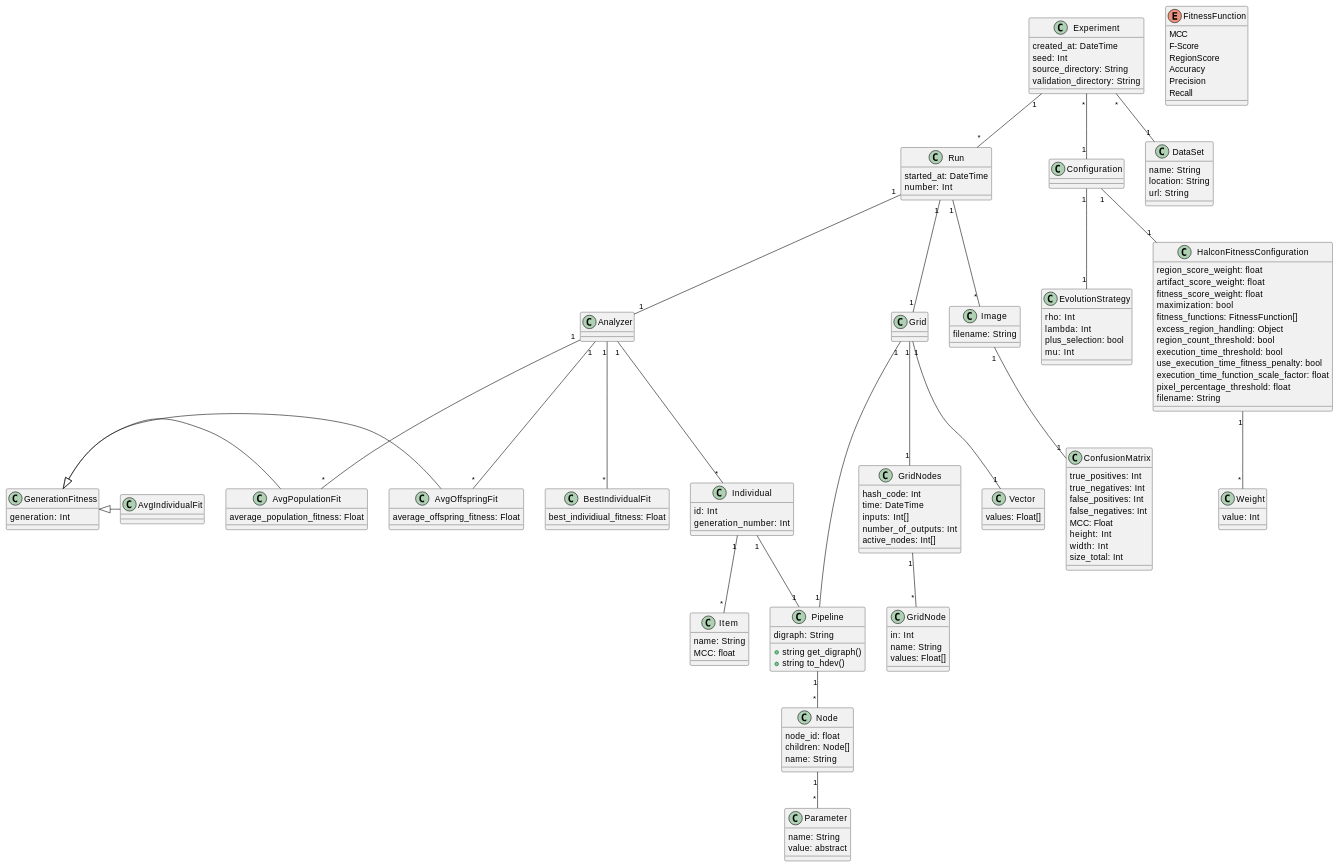
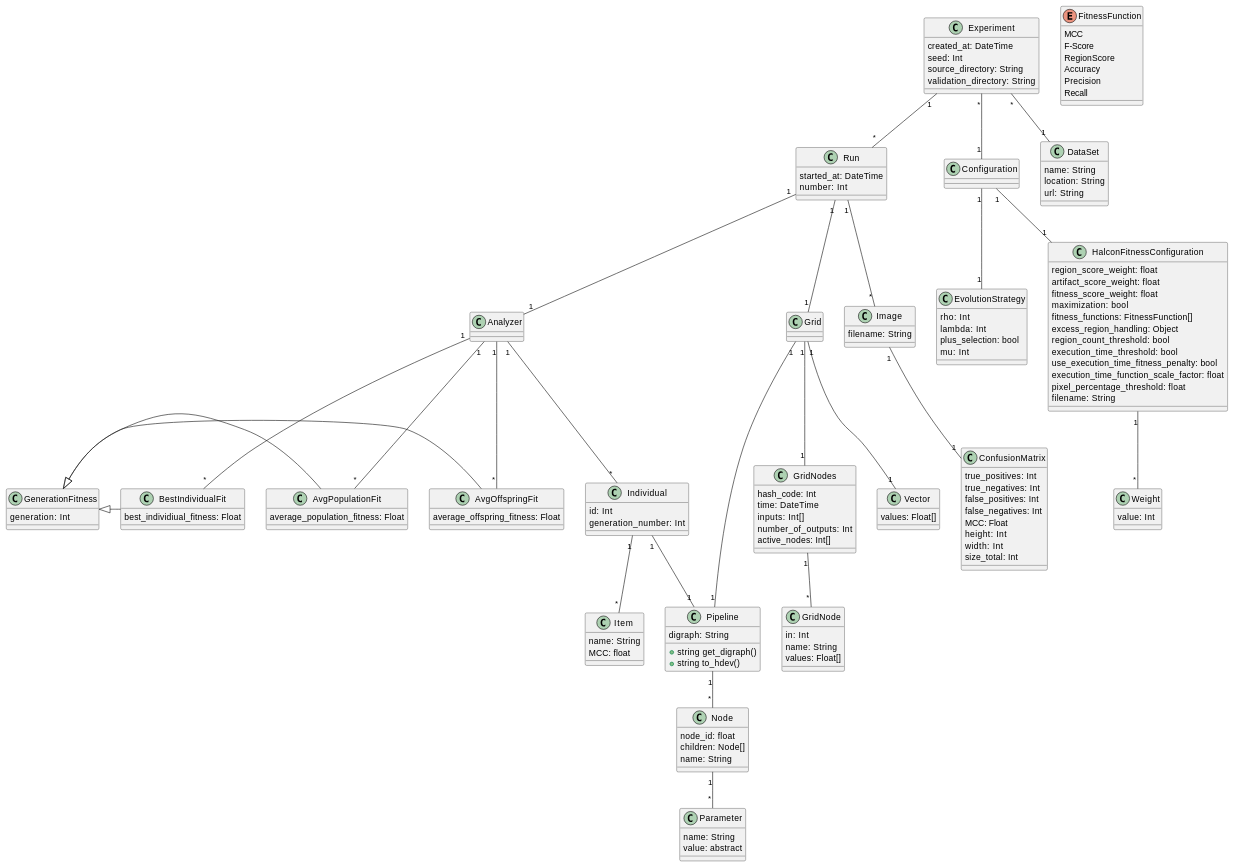
One commit to anmarchio/experiments changed the diagram in diagrams/DataModel.md. Above: the diagram before and after it, drawn with PlantUML.

```diff
--- a/diagrams/DataModel.md
+++ b/diagrams/DataModel.md
@@ -141,7 +141,7 @@
 Run "1" -- "1" Analyzer
 GenerationFitness <|- AvgOffspringFit
 GenerationFitness <|- AvgPopulationFit
-GenerationFitness <|- AvgIndividualFit
+GenerationFitness <|- BestIndividualFit
 
 Configuration "1" -- "1" HalconFitnessConfiguration
 Configuration "1" -- "1" EvolutionStrategy
```
